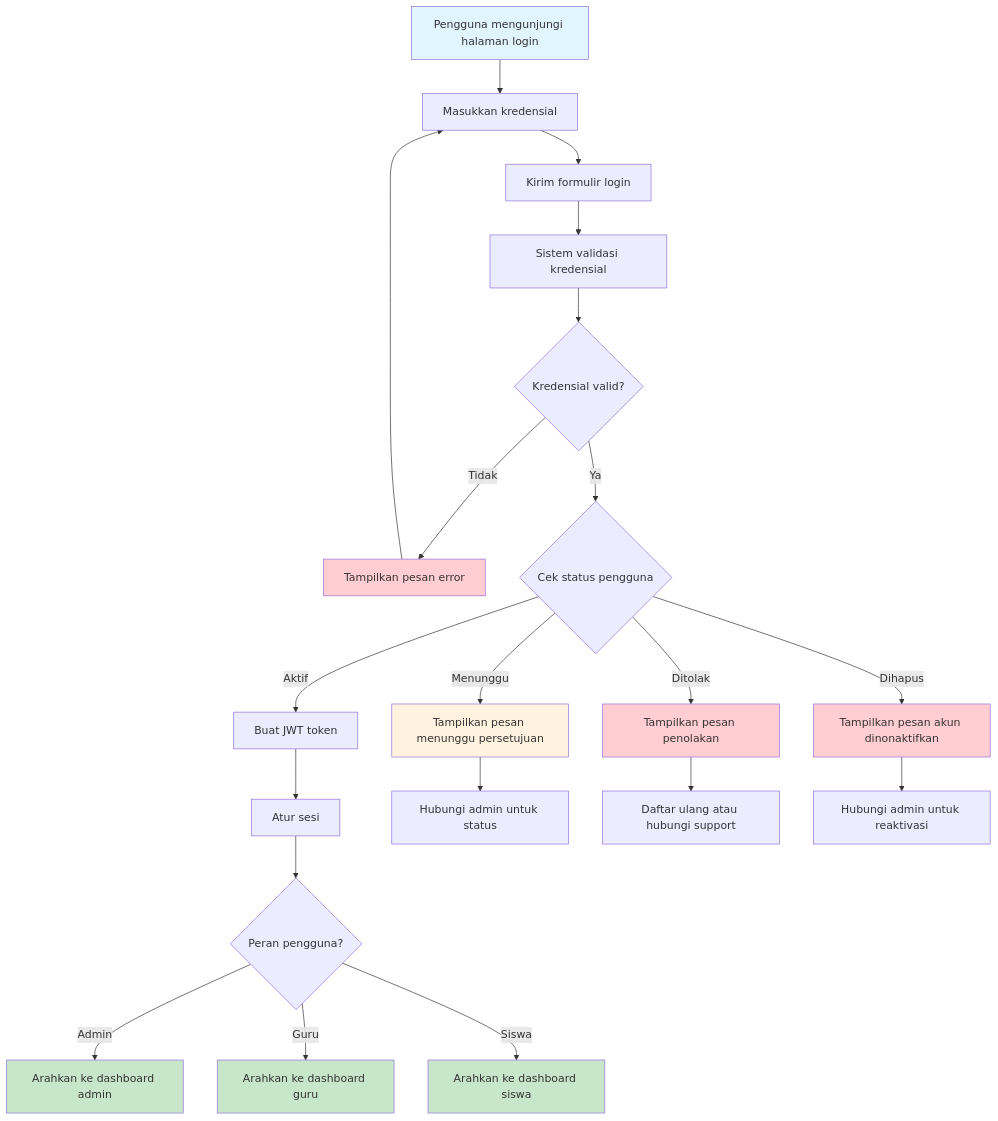
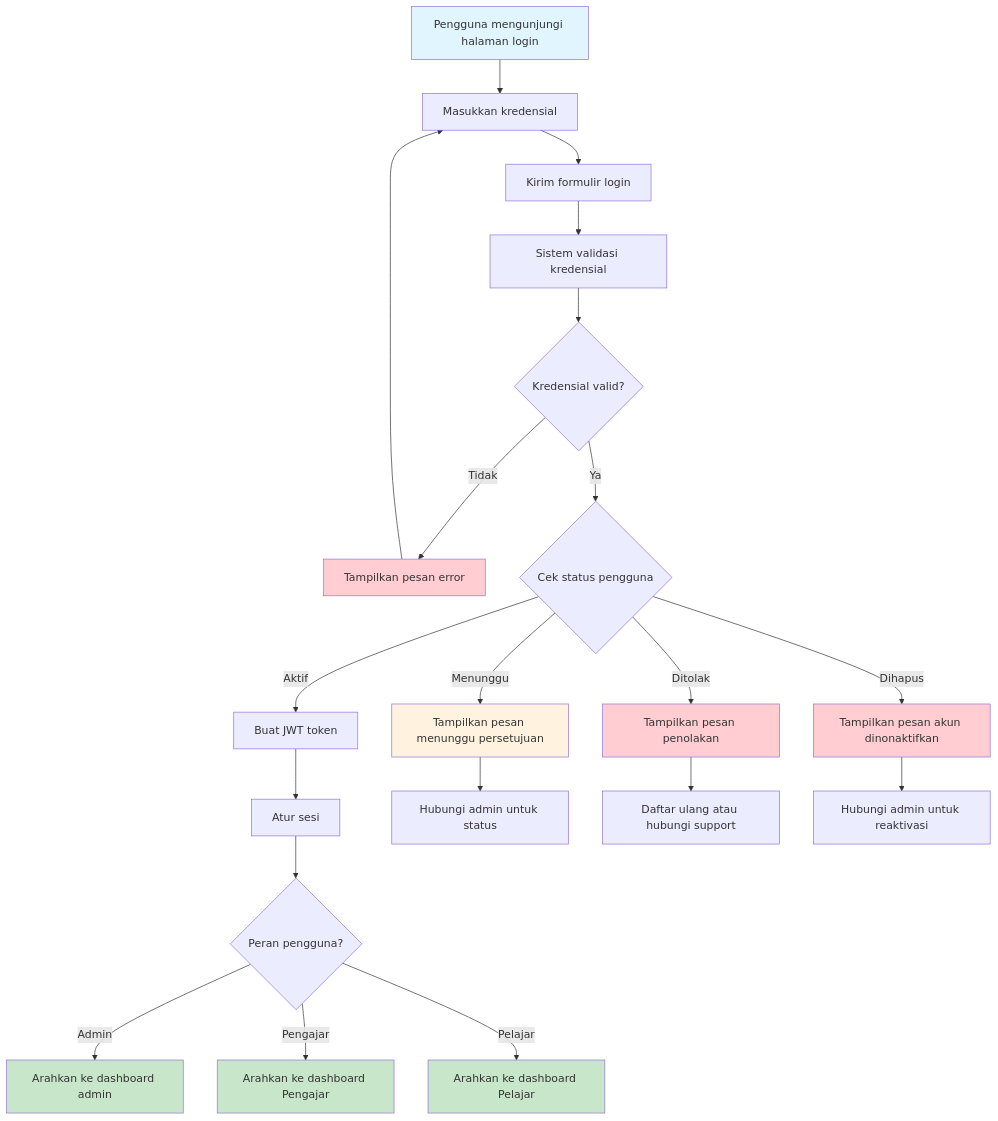
The fourth of 6 diagrams in activity-diagrams.md (jonito2005/exam-expert-ai-docs), drawn with Mermaid before and after one commit. The commit also changed other lines of this file and 4 other files, not shown here.

````diff
--- a/activity-diagrams.md
+++ b/activity-diagrams.md
@@ -113,35 +113,35 @@
 ```mermaid
 flowchart TD
     A[Pengguna mengunjungi halaman login] --> B[Masukkan kredensial]
     B --> C[Kirim formulir login]
     C --> D[Sistem validasi kredensial]
     D --> E{Kredensial valid?}
     
     E -->|Tidak| F[Tampilkan pesan error] --> B
     E -->|Ya| G{Cek status pengguna}
     
     G -->|Aktif| H[Buat JWT token]
     G -->|Menunggu| I[Tampilkan pesan menunggu persetujuan]
     G -->|Ditolak| J[Tampilkan pesan penolakan]
     G -->|Dihapus| K[Tampilkan pesan akun dinonaktifkan]
     
     H --> L[Atur sesi]
     L --> M{Peran pengguna?}
     
     M -->|Admin| N[Arahkan ke dashboard admin]
-    M -->|Guru| O[Arahkan ke dashboard guru]
-    M -->|Siswa| P[Arahkan ke dashboard siswa]
+    M -->|Pengajar| O[Arahkan ke dashboard Pengajar]
+    M -->|Pelajar| P[Arahkan ke dashboard Pelajar]
     
     I --> Q[Hubungi admin untuk status]
     J --> R[Daftar ulang atau hubungi support]
     K --> S[Hubungi admin untuk reaktivasi]
     
     style A fill:#e1f5fe
     style N fill:#c8e6c9
     style O fill:#c8e6c9
     style P fill:#c8e6c9
     style F fill:#ffcdd2
     style I fill:#fff3e0
     style J fill:#ffcdd2
     style K fill:#ffcdd2
 ```
````
